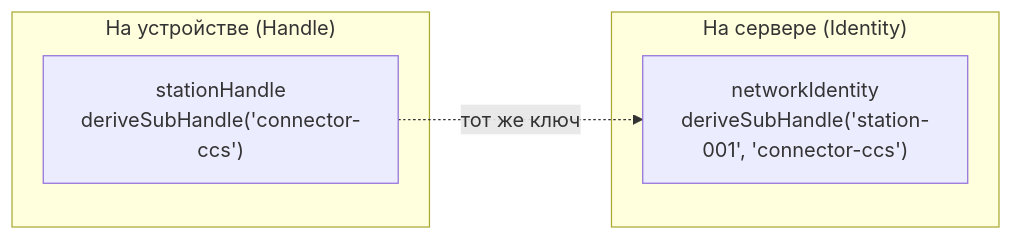
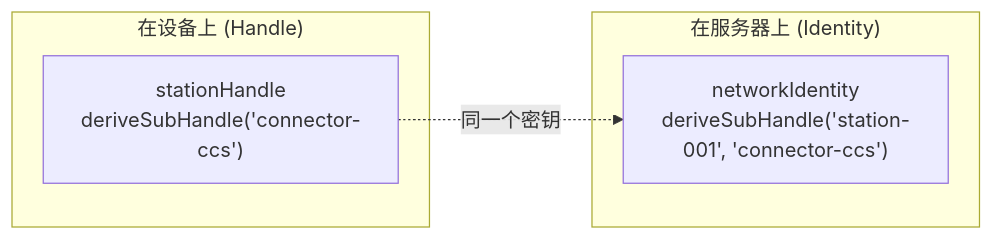
Before and after one commit to me2em-org/me2em-website: the second of 2 diagrams in src/content/blog/zh/me2em-seed-derived-identity.md, drawn with Mermaid. The commit also changed other lines of this file and 3 other files, not shown here.

````diff
--- a/src/content/blog/zh/me2em-seed-derived-identity.md
+++ b/src/content/blog/zh/me2em-seed-derived-identity.md
@@ -80,10 +80,10 @@
 ```mermaid
 flowchart LR
-    subgraph OnDevice ["На устройстве (Handle)"]
+    subgraph OnDevice ["在设备上 (Handle)"]
         A1["stationHandle<br/>deriveSubHandle('connector-ccs')"]
     end
-    subgraph OnServer ["На сервере (Identity)"]
+    subgraph OnServer ["在服务器上 (Identity)"]
         A2["networkIdentity<br/>deriveSubHandle('station-001', 'connector-ccs')"]
     end
-    A1 -.->|"тот же ключ"| A2
+    A1 -.->|"同一个密钥"| A2
 ```
````
